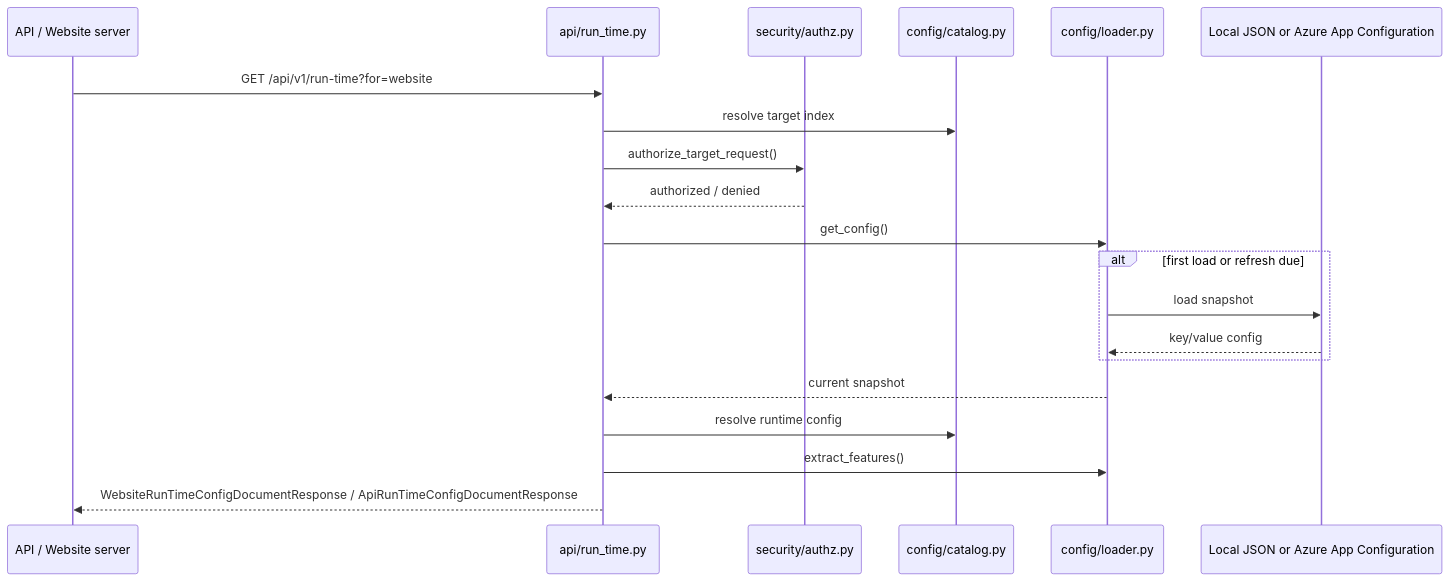
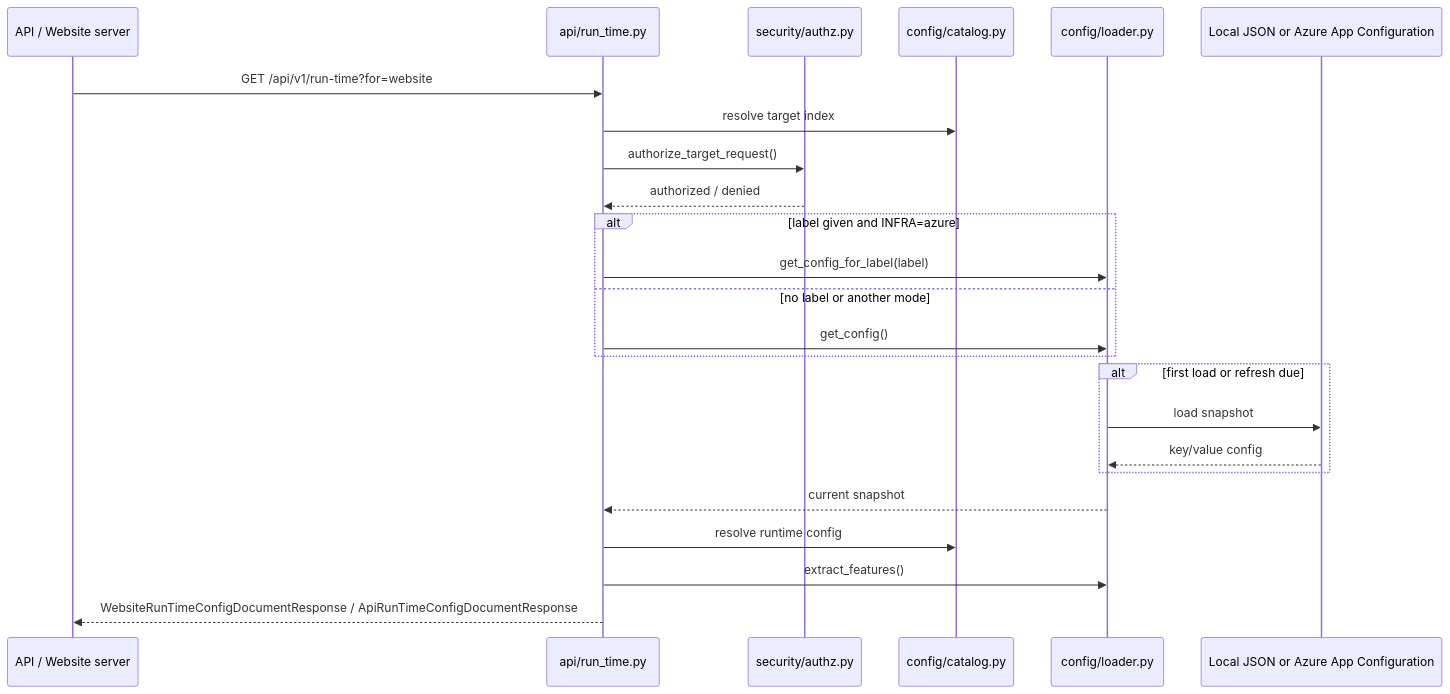
One commit to arolariu/arolariu.ro changed the second of 6 diagrams in sites/exp.arolariu.ro/README.md. Above: the diagram before and after it, drawn with Mermaid. The commit also changed other lines of this file and 1 other file, not shown here.

````diff
--- a/sites/exp.arolariu.ro/README.md
+++ b/sites/exp.arolariu.ro/README.md
@@ -256,23 +262,27 @@
 ```mermaid
 sequenceDiagram
     participant Consumer as API / Website server
     participant Router as api/run_time.py
     participant Auth as security/authz.py
     participant Catalog as config/catalog.py
     participant Loader as config/loader.py
     participant Source as Local JSON or Azure App Configuration
 
     Consumer->>Router: GET /api/v1/run-time?for=website
     Router->>Catalog: resolve target index
     Router->>Auth: authorize_target_request()
     Auth-->>Router: authorized / denied
-    Router->>Loader: get_config()
+    alt label given and INFRA=azure
+        Router->>Loader: get_config_for_label(label)
+    else no label or another mode
+        Router->>Loader: get_config()
+    end
     alt first load or refresh due
         Loader->>Source: load snapshot
         Source-->>Loader: key/value config
     end
     Loader-->>Router: current snapshot
     Router->>Catalog: resolve runtime config
     Router->>Loader: extract_features()
     Router-->>Consumer: WebsiteRunTimeConfigDocumentResponse / ApiRunTimeConfigDocumentResponse
 ```
````
